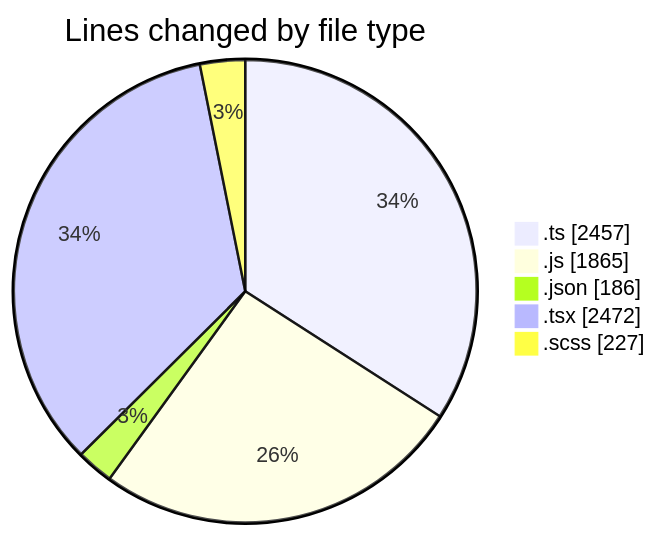
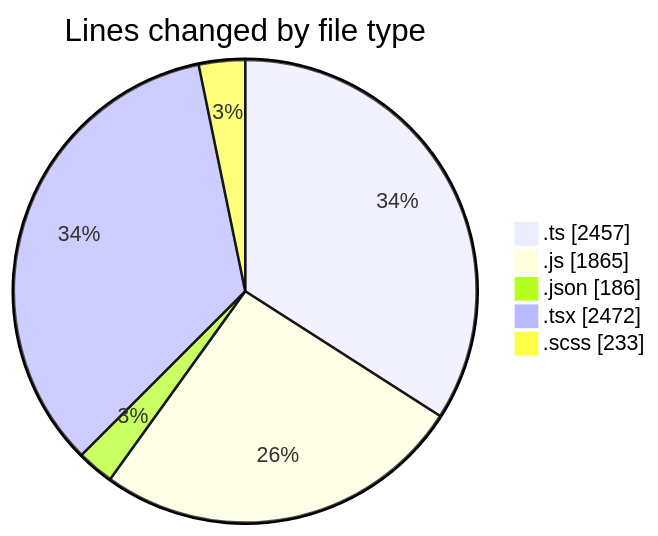
One commit to momahboobian/code-tracking changed the first of 2 diagrams in 2026-06-18/cda/README.md. Above: the diagram before and after it, drawn with Mermaid. The commit also changed other lines of this file and 1 other file, not shown here.

````diff
--- a/2026-06-18/cda/README.md
+++ b/2026-06-18/cda/README.md
@@ -54,9 +54,9 @@
 ```mermaid
 pie showData
 title Lines changed by file type
 ".ts" : 2457
 ".js" : 1865
 ".json" : 186
 ".tsx" : 2472
-".scss" : 227
+".scss" : 233
 ```
````
